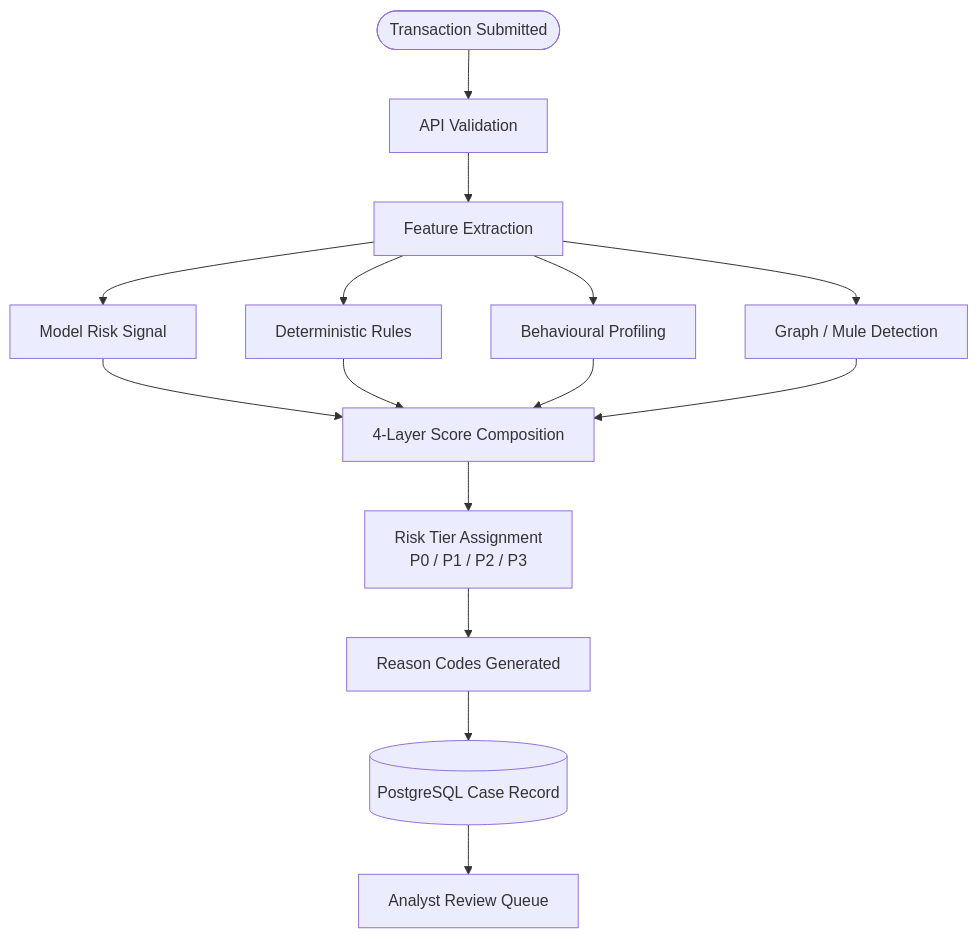
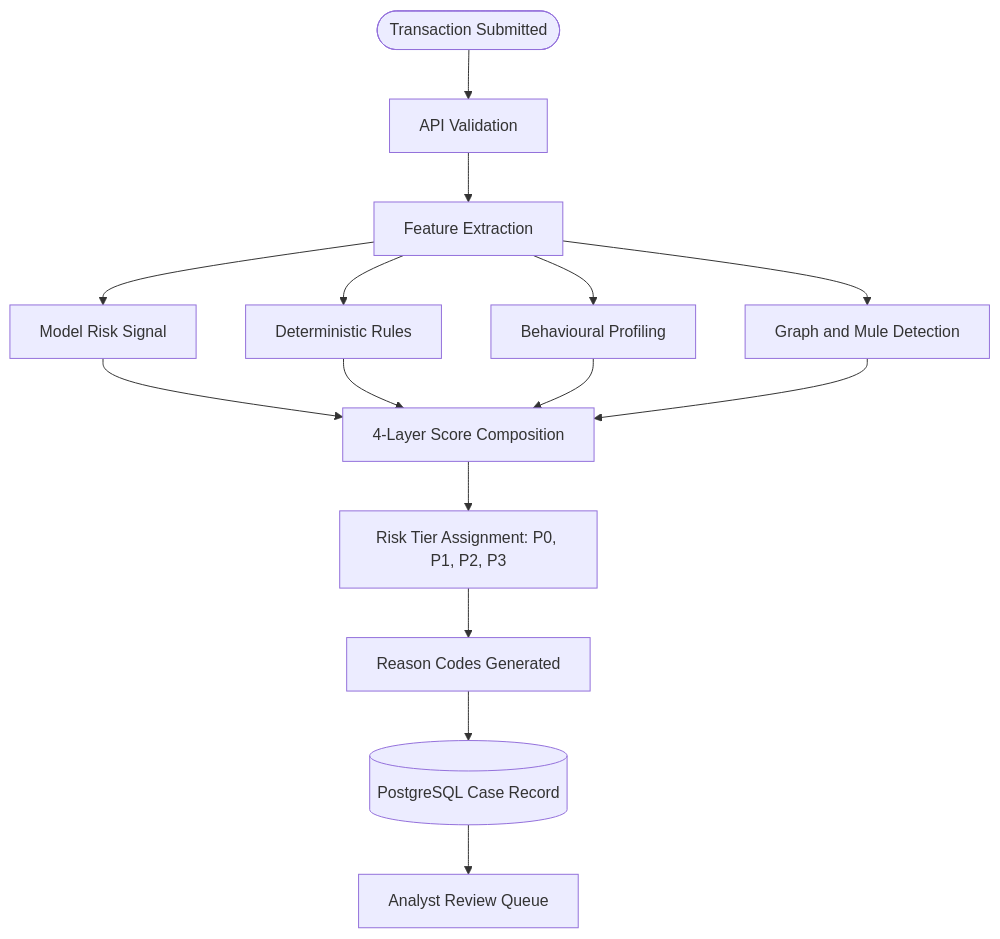
The second of 6 diagrams in README.md (IjazKakkodDS/transaction-fraud-intelligence-console), drawn with Mermaid before and after one commit. The commit also changed other lines of this file and 3 other files, not shown here.

````diff
--- a/README.md
+++ b/README.md
@@ -267,14 +267,14 @@
 ```mermaid
 flowchart TD
-    A([Transaction Submitted]) --> B[API Validation]
-    B --> C[Feature Extraction]
-    C --> D[Model Risk Signal]
-    C --> E[Deterministic Rules]
-    C --> F[Behavioural Profiling]
-    C --> G[Graph / Mule Detection]
-    D & E & F & G --> H[4-Layer Score Composition]
-    H --> I[Risk Tier Assignment\nP0 / P1 / P2 / P3]
-    I --> J[Reason Codes Generated]
-    J --> K[(PostgreSQL Case Record)]
-    K --> L[Analyst Review Queue]
+    A(["Transaction Submitted"]) --> B["API Validation"]
+    B --> C["Feature Extraction"]
+    C --> D["Model Risk Signal"]
+    C --> E["Deterministic Rules"]
+    C --> F["Behavioural Profiling"]
+    C --> G["Graph and Mule Detection"]
+    D & E & F & G --> H["4-Layer Score Composition"]
+    H --> I["Risk Tier Assignment: P0, P1, P2, P3"]
+    I --> J["Reason Codes Generated"]
+    J --> K[("PostgreSQL Case Record")]
+    K --> L["Analyst Review Queue"]
 ```
````
